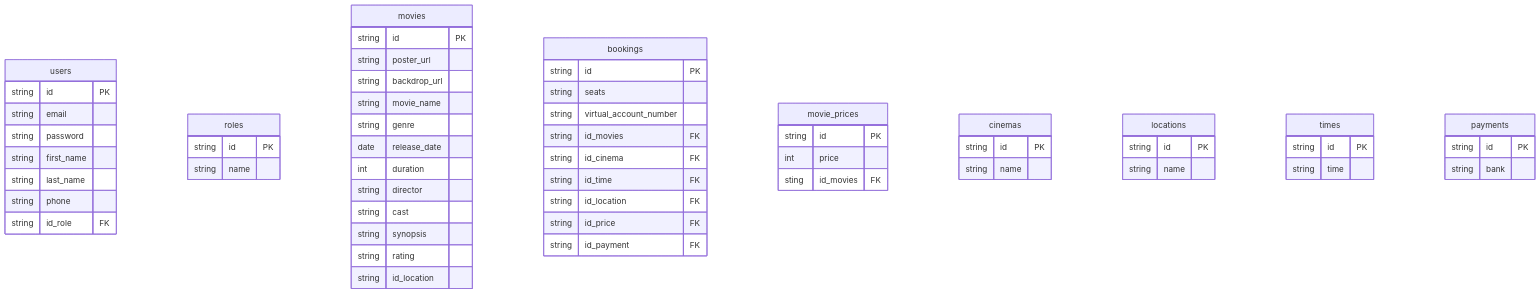
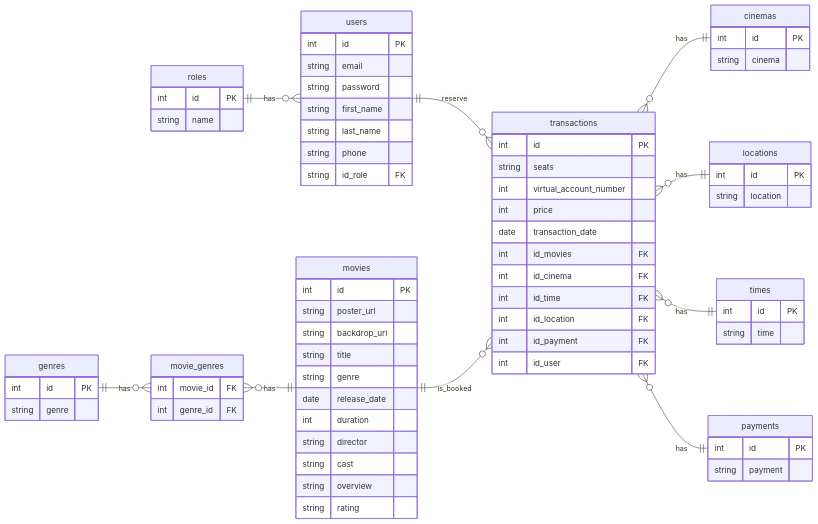
One commit to yusufbahtiarr/fgo24-db-weeklytask changed the diagram in readme.md. Above: the diagram before and after it, drawn with Mermaid. The commit also changed other lines of this file, not shown here.

Commit message:
feat: add realation erd kukky booking ticket app

````diff
--- a/readme.md
+++ b/readme.md
@@ -3,7 +5,18 @@
 ```mermaid
   erDiagram
+  direction LR
+  roles ||--o{ users : has
+  movie_genres }o--|| movies : has
+  genres ||--o{ movie_genres : has
+  users ||--o{ transactions : reserve
+  transactions }o--|| cinemas : has
+  transactions }o--|| locations : has
+  transactions }o--|| times : has
+  transactions }o--|| payments : has
+  movies ||--o{ transactions : is_booked
+
   users {
-    string id PK
+    int id PK
     string email
     string password
     string first_name
@@ -13,61 +26,66 @@
   }
 
   roles {
-    string id PK
+    int id PK
     string name
   }
 
   movies {
-    string id PK
+    int id PK
     string poster_url
     string backdrop_url
-    string movie_name
+    string title
     string genre
     date release_date
     int duration
     string director
     string cast
-    string synopsis
+    string overview
     string rating
-    string id_location
   }
 
-  bookings {
-    string id PK
-    string seats
-    string virtual_account_number
-    string id_movies FK
-    string id_cinema FK
-    string id_time FK
-    string id_location FK
-    string id_price FK
-    string id_payment FK
+  genres {
+    int id PK
+    string genre
   }
 
-  movie_prices {
-    string id PK
+  movie_genres {
+    int movie_id FK
+    int genre_id FK
+  }
+
+  transactions {
+    int id PK
+    string seats
+    int virtual_account_number
     int price
-    sting id_movies FK
+    date transaction_date
+    int id_movies FK
+    int id_cinema FK
+    int id_time FK
+    int id_location FK
+    int id_payment FK
+    int id_user FK
   }
 
   cinemas {
-    string id PK
-    string name
+    int id PK
+    string cinema
   }
 
   locations {
-    string id PK
-    string name
+    int id PK
+    string location
   }
 
   times {
-    string id PK
+    int id PK
     string time
   }
 
   payments {
-    string id PK
-    string bank
+    int id PK
+    string payment
   }
 
 ```
````
